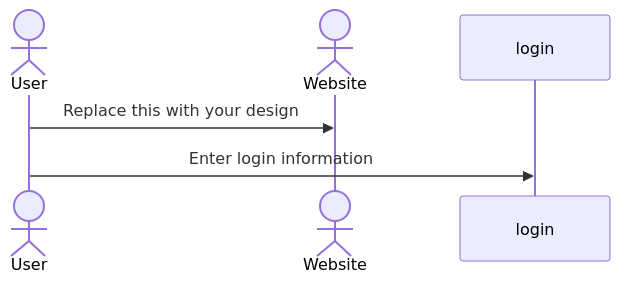
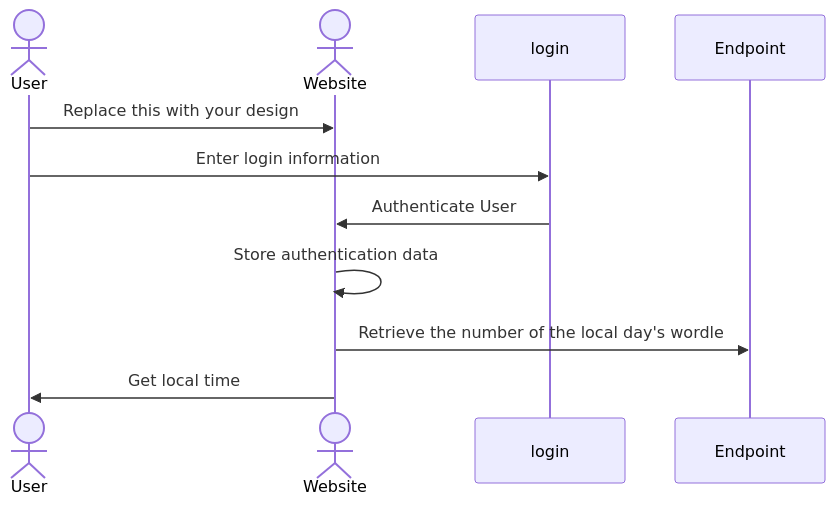
Before and after one commit to Aathok-Git/cs260-startup: the diagram in README.md, drawn with Mermaid.

````diff
--- a/README.md
+++ b/README.md
@@ -37,7 +37,11 @@
 ```mermaid
 sequenceDiagram
     actor User
     actor Website
     User->>Website: Replace this with your design
     User->>login: Enter login information
+    login->>Website: Authenticate User
+    Website->>Website: Store authentication data
+    Website->>Endpoint: Retrieve the number of the local day's wordle
+    Website->>User: Get local time
 ```
````
